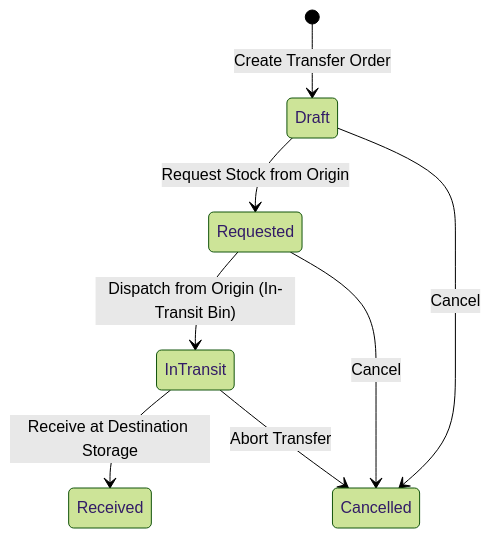
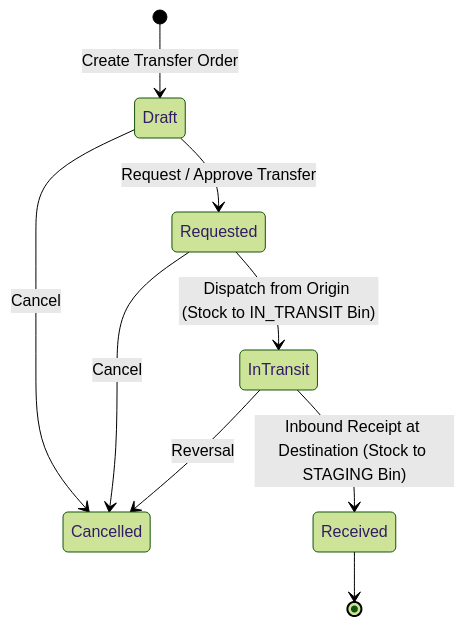
The diagram in docs/user/transfers_quarantine.md (herobmdotcom/herobm), drawn with Mermaid (forest theme) before and after one commit. The commit also changed other lines of this file and 32 other files, not shown here.

````diff
--- a/docs/user/transfers_quarantine.md
+++ b/docs/user/transfers_quarantine.md
@@ -45,12 +46,14 @@
 ```mermaid
 stateDiagram-v2
     [*] --> Draft : Create Transfer Order
-    Draft --> Requested : Request Stock from Origin
+    Draft --> Requested : Request / Approve Transfer
     Draft --> Cancelled : Cancel
 
-    Requested --> InTransit : Dispatch from Origin (In-Transit Bin)
+    Requested --> InTransit : Dispatch from Origin (Stock to IN_TRANSIT Bin)
     Requested --> Cancelled : Cancel
 
-    InTransit --> Received : Receive at Destination Storage
-    InTransit --> Cancelled : Abort Transfer
+    InTransit --> Received : Inbound Receipt at Destination (Stock to STAGING Bin)
+    InTransit --> Cancelled : Reversal
+
+    Received --> [*]
 ```
````
